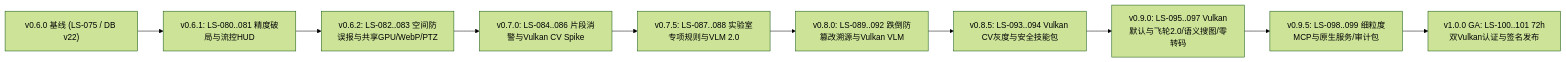
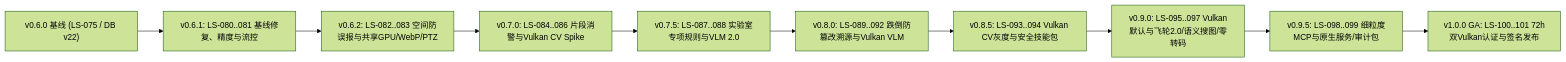
Before and after one commit to windyxyz/LabSentinel: the first of 2 diagrams in docs/plan/v1.0.0-roadmap.md, drawn with Mermaid (forest theme). The commit also changed other lines of this file and 14 other files, not shown here.

````diff
--- a/docs/plan/v1.0.0-roadmap.md
+++ b/docs/plan/v1.0.0-roadmap.md
@@ -52,12 +72,12 @@
 ```mermaid
 flowchart LR
-    V060["v0.6.0 基线 (LS-075 / DB v22)"] --> V061["v0.6.1: LS-080..081 精度破局与流控HUD"]
+    V060["v0.6.0 基线 (LS-075 / DB v22)"] --> V061["v0.6.1: LS-080..081 基线修复、精度与流控"]
     V061 --> V062["v0.6.2: LS-082..083 空间防误报与共享GPU/WebP/PTZ"]
     V062 --> V070["v0.7.0: LS-084..086 片段消警与Vulkan CV Spike"]
     V070 --> V075["v0.7.5: LS-087..088 实验室专项规则与VLM 2.0"]
     V075 --> V080["v0.8.0: LS-089..092 跌倒防篡改溯源与Vulkan VLM"]
     V080 --> V085["v0.8.5: LS-093..094 Vulkan CV灰度与安全技能包"]
     V085 --> V090["v0.9.0: LS-095..097 Vulkan默认与飞轮2.0/语义搜图/零转码"]
     V090 --> V095["v0.9.5: LS-098..099 细粒度MCP与原生服务/审计包"]
     V095 --> V100["v1.0.0 GA: LS-100..101 72h双Vulkan认证与签名发布"]
 ```
````
